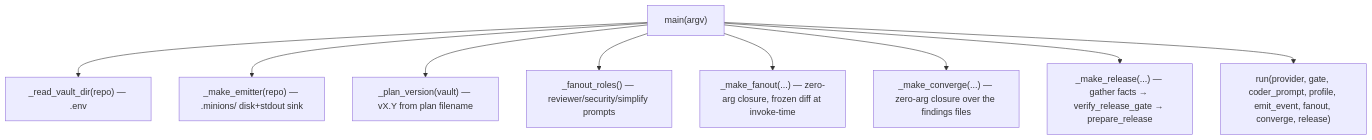
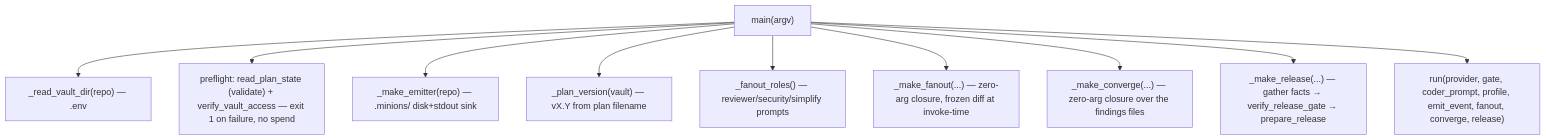
One commit to alxb1t/minionsfactory changed the diagram in docs/modules/main.md. Above: the diagram before and after it, drawn with Mermaid. The commit also changed other lines of this file and 11 other files, not shown here.

````diff
--- a/docs/modules/main.md
+++ b/docs/modules/main.md
@@ -30,11 +33,12 @@
 ```mermaid
 flowchart TD
     main["main(argv)"] --> vault["_read_vault_dir(repo) — .env"]
+    main --> pre["preflight: read_plan_state (validate) + verify_vault_access — exit 1 on failure, no spend"]
     main --> emit["_make_emitter(repo) — .minions/ disk+stdout sink"]
     main --> ver["_plan_version(vault) — vX.Y from plan filename"]
     main --> roles["_fanout_roles() — reviewer/security/simplify prompts"]
     main --> fo["_make_fanout(...) — zero-arg closure, frozen diff at invoke-time"]
     main --> cv["_make_converge(...) — zero-arg closure over the findings files"]
     main --> rel["_make_release(...) — gather facts → verify_release_gate → prepare_release"]
     main --> run["run(provider, gate, coder_prompt, profile, emit_event, fanout, converge, release)"]
 ```
````
